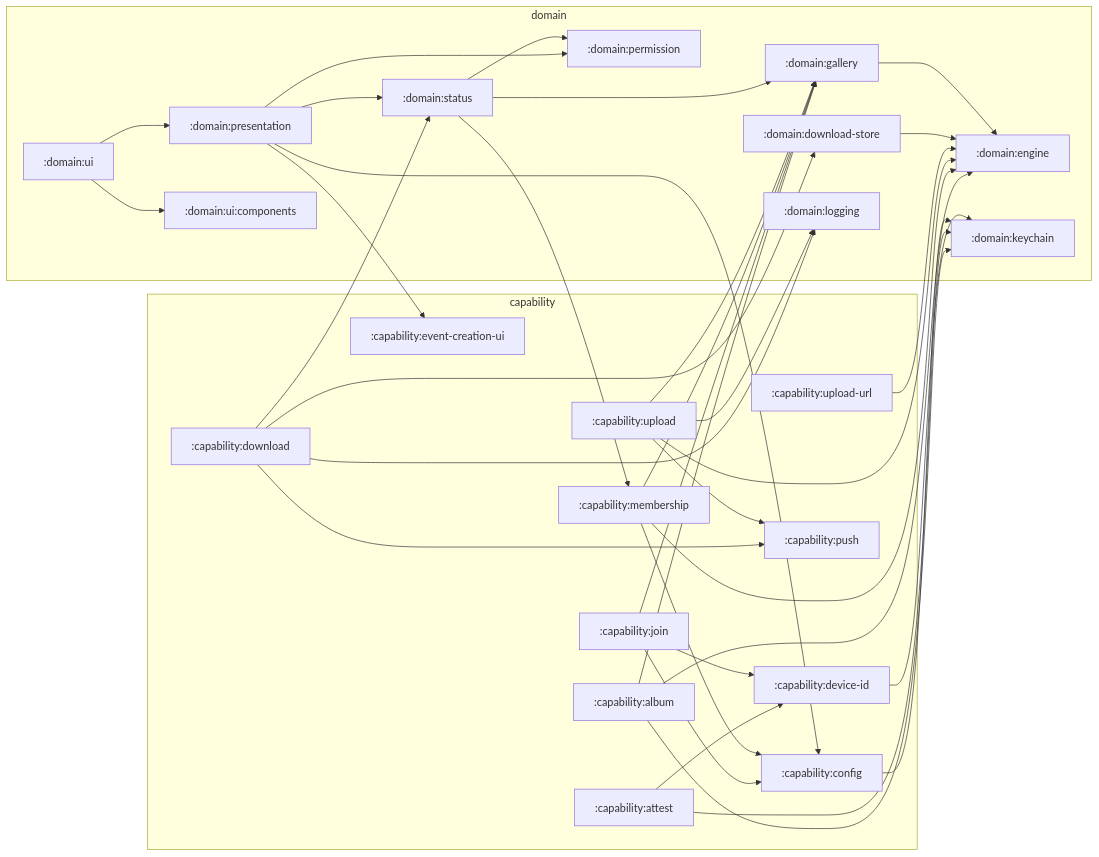
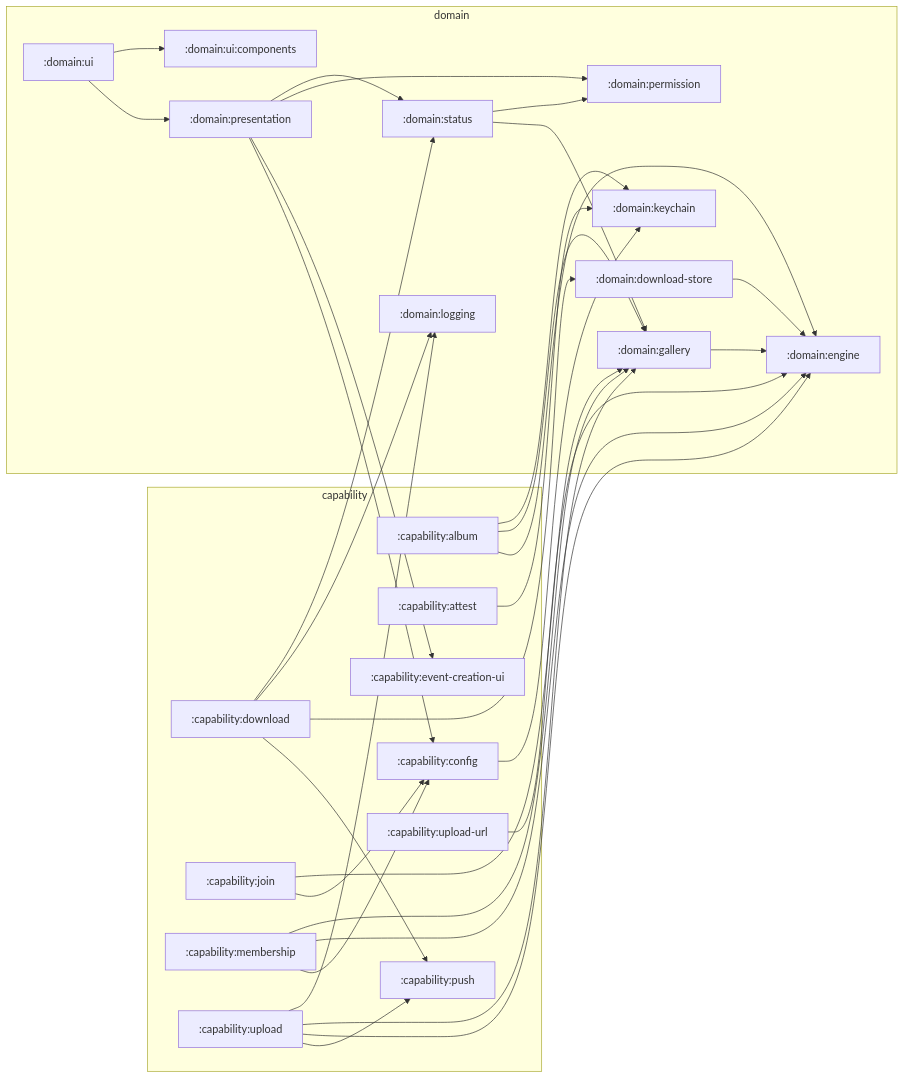
The diagram in architecture/zones.md (stefanhoelzl/SnapSync), drawn with Mermaid before and after one commit. The commit also changed 67 other files, not shown here.

First line of the commit message:
feat(architecture): migration step 1 — delete dead weight

````diff
--- a/architecture/zones.md
+++ b/architecture/zones.md
@@ -8,61 +8,56 @@
 ```mermaid
 flowchart LR
   subgraph capability
     capability_album[":capability:album"]
     capability_attest[":capability:attest"]
     capability_config[":capability:config"]
-    capability_device_id[":capability:device-id"]
     capability_download[":capability:download"]
     capability_event_creation_ui[":capability:event-creation-ui"]
     capability_join[":capability:join"]
     capability_membership[":capability:membership"]
     capability_push[":capability:push"]
     capability_upload[":capability:upload"]
     capability_upload_url[":capability:upload-url"]
   end
   subgraph domain
     domain_download_store[":domain:download-store"]
     domain_engine[":domain:engine"]
     domain_gallery[":domain:gallery"]
     domain_keychain[":domain:keychain"]
     domain_logging[":domain:logging"]
     domain_permission[":domain:permission"]
     domain_presentation[":domain:presentation"]
     domain_status[":domain:status"]
     domain_ui[":domain:ui"]
     domain_ui_components[":domain:ui:components"]
   end
   capability_album --> domain_engine
   capability_album --> domain_gallery
   capability_album --> domain_keychain
-  capability_attest --> capability_device_id
   capability_attest --> domain_keychain
   capability_config --> domain_keychain
-  capability_device_id --> domain_keychain
   capability_download --> capability_push
   capability_download --> domain_download_store
   capability_download --> domain_logging
   capability_download --> domain_status
   capability_join --> capability_config
-  capability_join --> capability_device_id
   capability_join --> domain_gallery
   capability_membership --> capability_config
   capability_membership --> domain_engine
   capability_membership --> domain_gallery
   capability_upload --> capability_push
   capability_upload --> domain_engine
   capability_upload --> domain_gallery
   capability_upload --> domain_logging
   capability_upload_url --> domain_engine
   domain_download_store --> domain_engine
   domain_gallery --> domain_engine
   domain_presentation --> capability_config
   domain_presentation --> capability_event_creation_ui
   domain_presentation --> domain_permission
   domain_presentation --> domain_status
-  domain_status --> capability_membership
   domain_status --> domain_gallery
   domain_status --> domain_permission
   domain_ui --> domain_presentation
   domain_ui --> domain_ui_components
 ```
````
